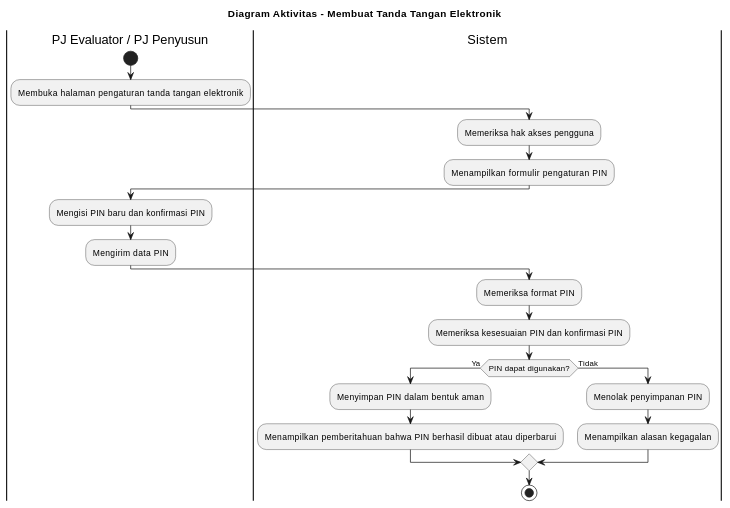
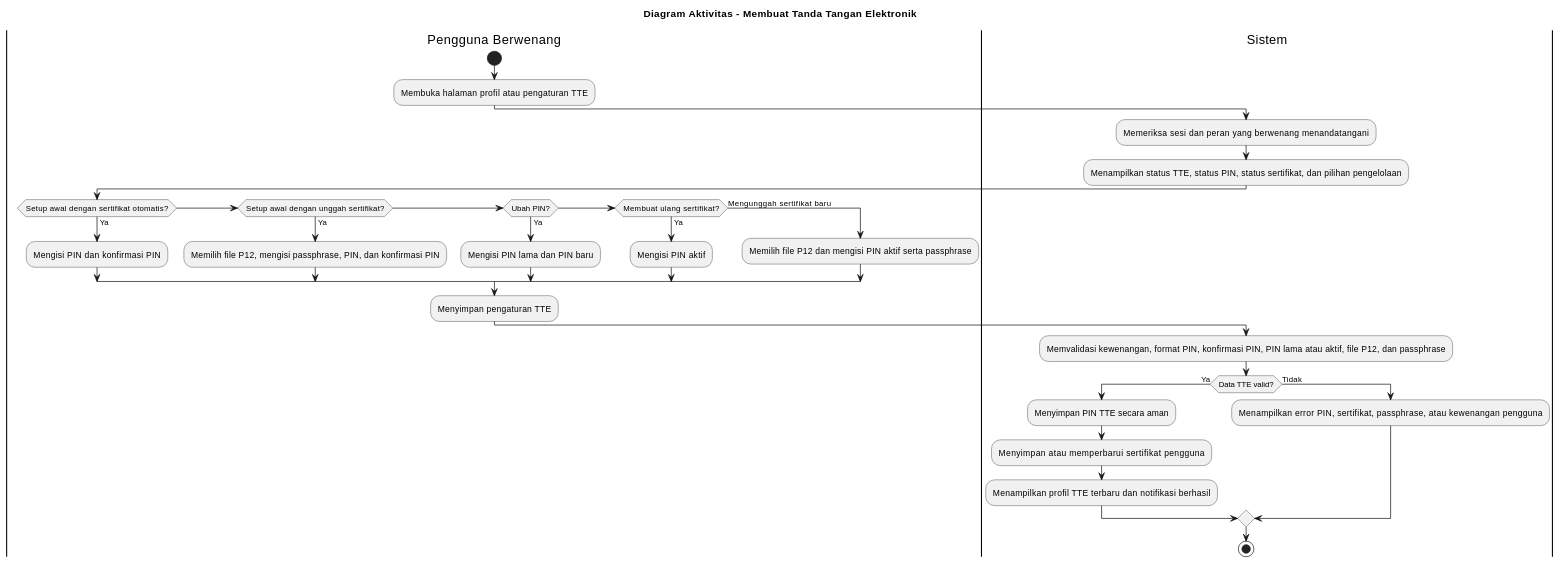
The diagram in docs/activity-diagram/lampiran/pj-evaluator-pj-penyusun-membuat-tanda-tangan-elektronik.md (howlil/sop-generate-app), drawn with PlantUML before and after one commit. The commit also changed other lines of this file and 90 other files, not shown here.

````diff
--- a/docs/activity-diagram/lampiran/pj-evaluator-pj-penyusun-membuat-tanda-tangan-elektronik.md
+++ b/docs/activity-diagram/lampiran/pj-evaluator-pj-penyusun-membuat-tanda-tangan-elektronik.md
@@ -16,30 +16,41 @@
 ```plantuml
 @startuml
 title Diagram Aktivitas - Membuat Tanda Tangan Elektronik
 
-|PJ Evaluator / PJ Penyusun|
+|Pengguna Berwenang|
 start
-:Membuka halaman pengaturan tanda tangan elektronik;
+:Membuka halaman profil atau pengaturan TTE;
 
 |Sistem|
-:Memeriksa hak akses pengguna;
-:Menampilkan formulir pengaturan PIN;
+:Memeriksa sesi dan peran yang berwenang menandatangani;
+:Menampilkan status TTE, status PIN, status sertifikat, dan pilihan pengelolaan;
 
-|PJ Evaluator / PJ Penyusun|
-:Mengisi PIN baru dan konfirmasi PIN;
-:Mengirim data PIN;
+|Pengguna Berwenang|
+if (Setup awal dengan sertifikat otomatis?) then (Ya)
+  :Mengisi PIN dan konfirmasi PIN;
+elseif (Setup awal dengan unggah sertifikat?) then (Ya)
+  :Memilih file P12, mengisi passphrase, PIN, dan konfirmasi PIN;
+elseif (Ubah PIN?) then (Ya)
+  :Mengisi PIN lama dan PIN baru;
+elseif (Membuat ulang sertifikat?) then (Ya)
+  :Mengisi PIN aktif;
+else (Mengunggah sertifikat baru)
+  :Memilih file P12 dan mengisi PIN aktif serta passphrase;
+endif
+
+:Menyimpan pengaturan TTE;
 
 |Sistem|
-:Memeriksa format PIN;
-:Memeriksa kesesuaian PIN dan konfirmasi PIN;
-if (PIN dapat digunakan?) then (Ya)
-  :Menyimpan PIN dalam bentuk aman;
-  :Menampilkan pemberitahuan bahwa PIN berhasil dibuat atau diperbarui;
+:Memvalidasi kewenangan, format PIN, konfirmasi PIN, PIN lama atau aktif, file P12, dan passphrase;
+
+if (Data TTE valid?) then (Ya)
+  :Menyimpan PIN TTE secara aman;
+  :Menyimpan atau memperbarui sertifikat pengguna;
+  :Menampilkan profil TTE terbaru dan notifikasi berhasil;
 else (Tidak)
-  :Menolak penyimpanan PIN;
-  :Menampilkan alasan kegagalan;
+  :Menampilkan error PIN, sertifikat, passphrase, atau kewenangan pengguna;
 endif
 
 stop
 @enduml
 ```
````
